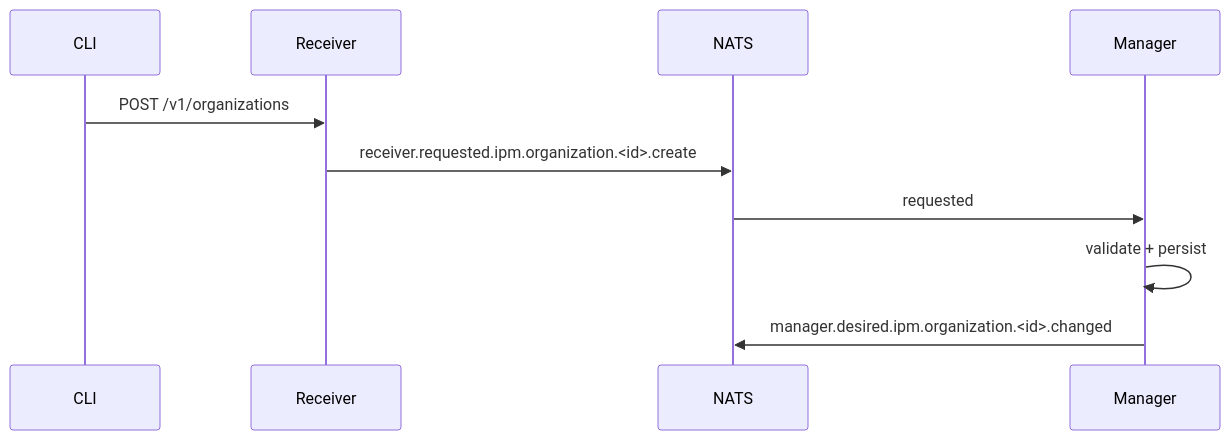
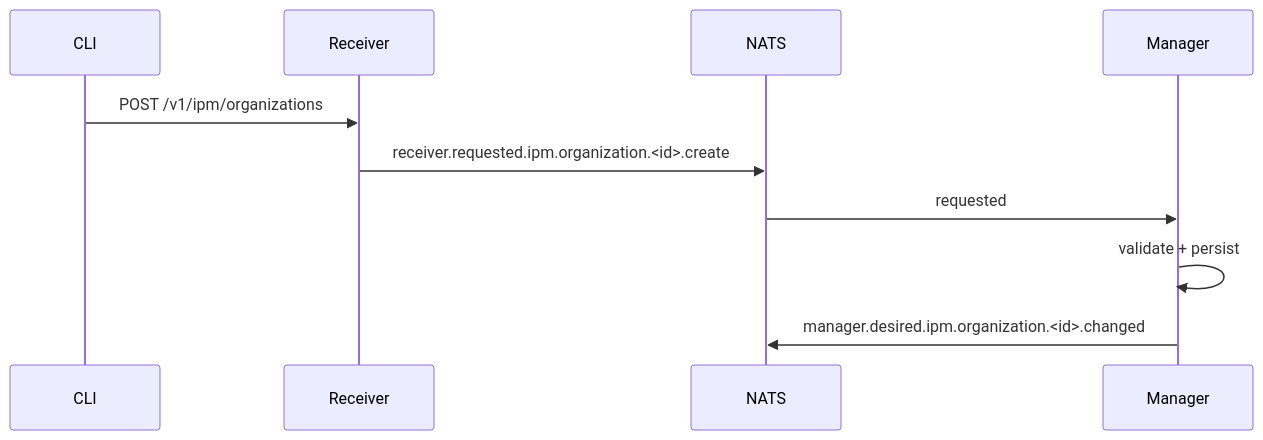
Before and after one commit to danielsabatini/smarkee: the ninth of 18 diagrams in docs/RESOURCE-CONTROL-LOOP.md, drawn with Mermaid. The commit also changed other lines of this file and 48 other files, not shown here.

````diff
--- a/docs/RESOURCE-CONTROL-LOOP.md
+++ b/docs/RESOURCE-CONTROL-LOOP.md
@@ -625,13 +625,13 @@
 ```mermaid
 sequenceDiagram
     participant CLI
     participant Receiver
     participant NATS
     participant Manager
 
-    CLI->>Receiver: POST /v1/organizations
+    CLI->>Receiver: POST /v1/ipm/organizations
     Receiver->>NATS: receiver.requested.ipm.organization.<id>.create
     NATS->>Manager: requested
     Manager->>Manager: validate + persist
     Manager->>NATS: manager.desired.ipm.organization.<id>.changed
 ```
````
